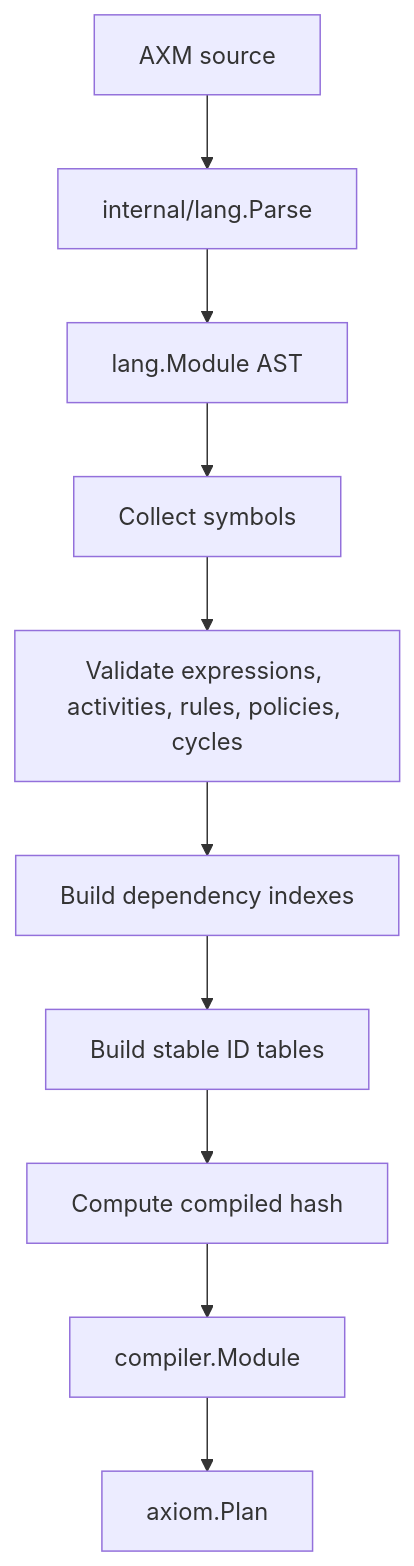
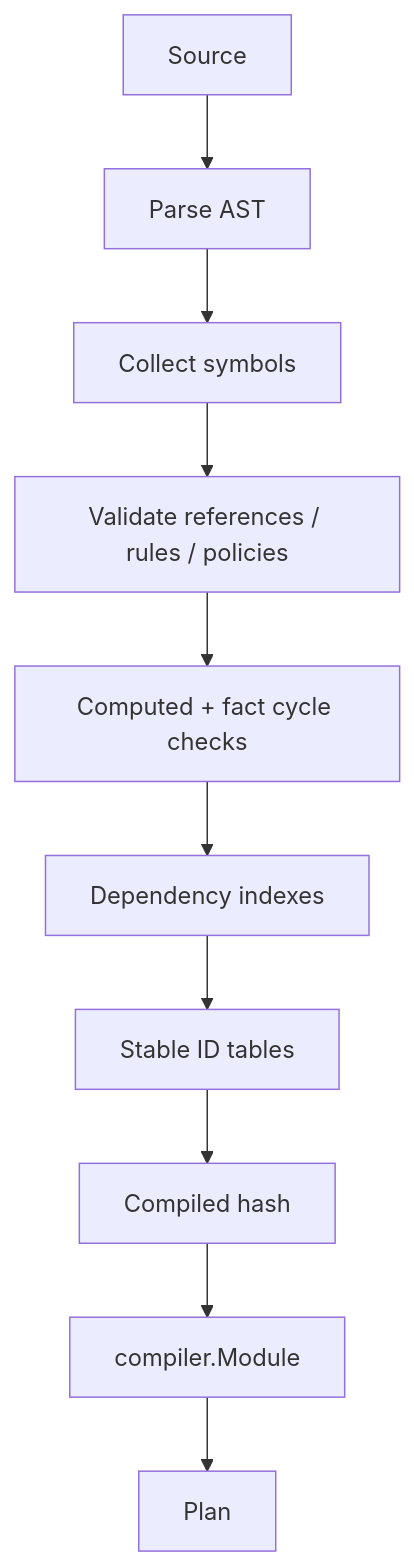
One commit to Homiakus/axiom changed the second of 4 diagrams in ARCHITECTURE.md. Above: the diagram before and after it, drawn with Mermaid. The commit also changed other lines of this file, not shown here.

Commit message:
docs(architecture): align with current orchestration runtime

````diff
--- a/ARCHITECTURE.md
+++ b/ARCHITECTURE.md
@@ -72,12 +67,12 @@
 ```mermaid
 flowchart TD
-    Source[AXM source] --> Parse[internal/lang.Parse]
-    Parse --> AST[lang.Module AST]
-    AST --> Symbols[Collect symbols]
-    Symbols --> Validate[Validate expressions, activities, rules, policies, cycles]
-    Validate --> Indexes[Build dependency indexes]
-    Indexes --> IDs[Build stable ID tables]
-    IDs --> Hash[Compute compiled hash]
+    Source --> Parse[Parse AST]
+    Parse --> Symbols[Collect symbols]
+    Symbols --> Validate[Validate references / rules / policies]
+    Validate --> Cycles[Computed + fact cycle checks]
+    Cycles --> Indexes[Dependency indexes]
+    Indexes --> IDs[Stable ID tables]
+    IDs --> Hash[Compiled hash]
     Hash --> Module[compiler.Module]
-    Module --> Plan[axiom.Plan]
+    Module --> Plan
 ```
````
